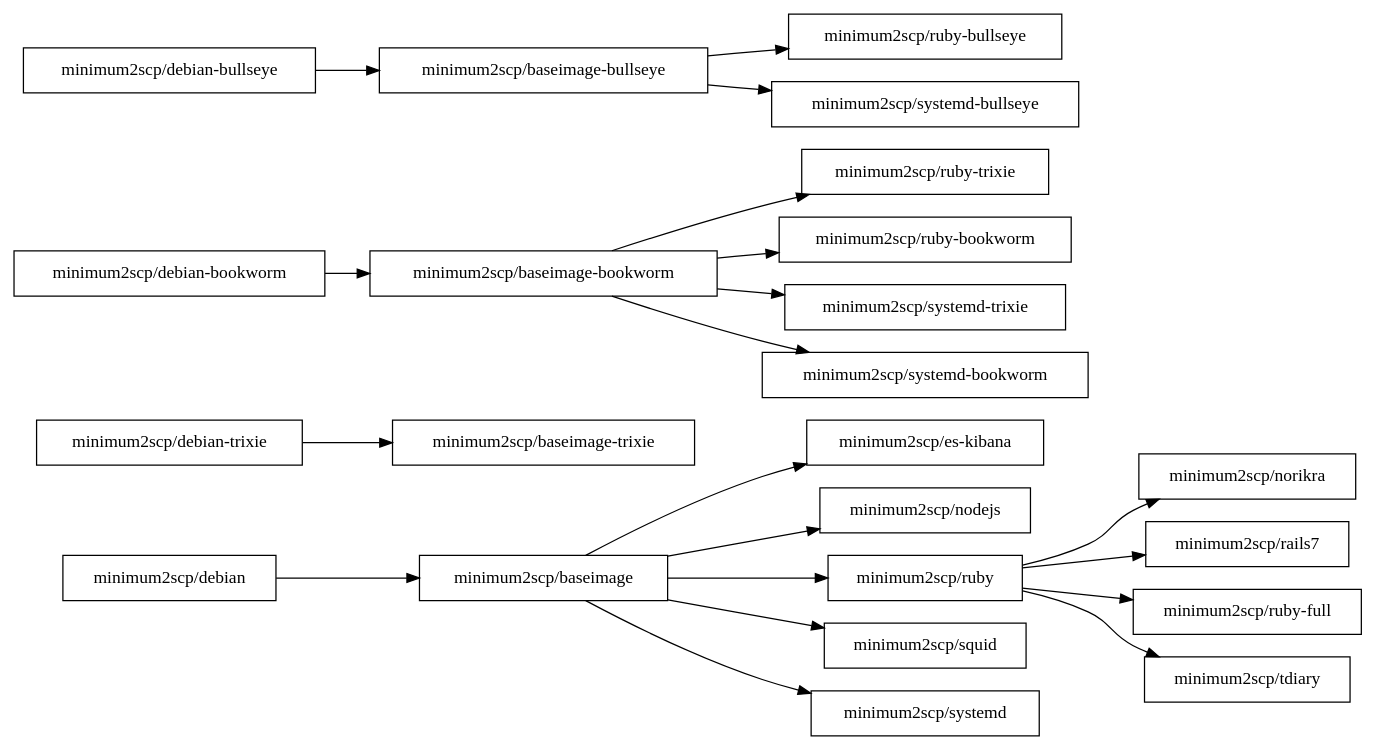
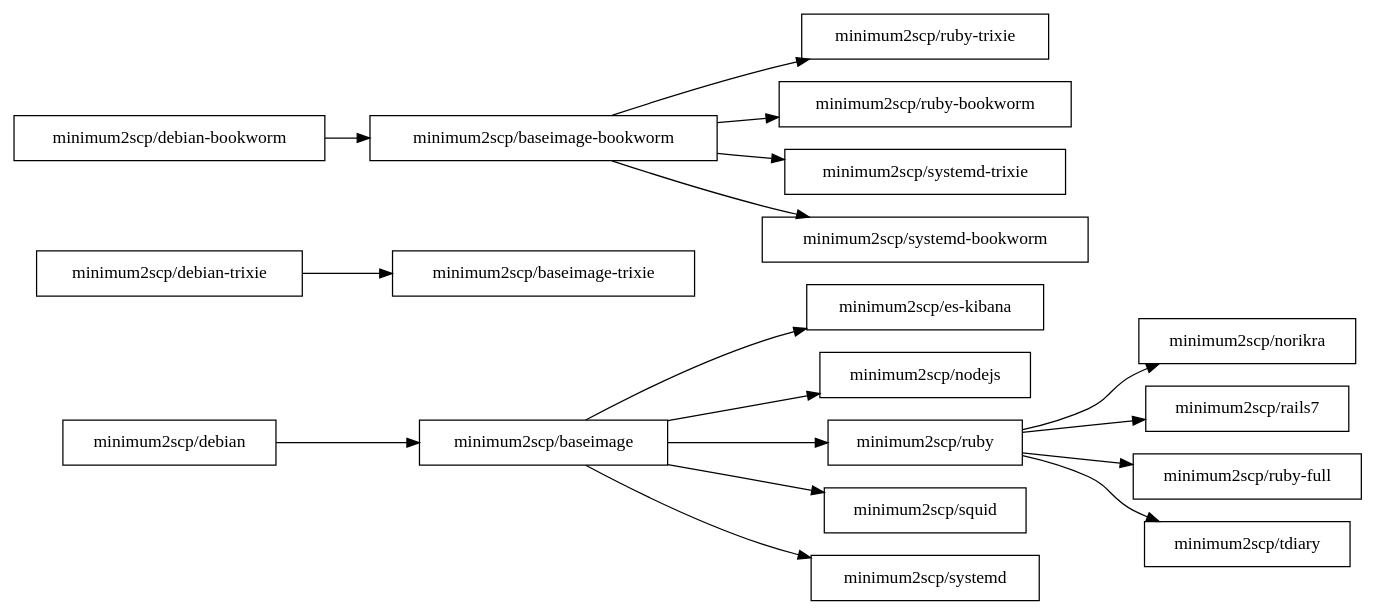
The diagram in deps.dot (minimum2scp/dockerfiles), drawn with Graphviz before and after one commit.

```diff
--- a/deps.dot
+++ b/deps.dot
@@ -1,49 +1,42 @@
 digraph deps {
   graph [
     rankdir = "LR"
   ];
 
   node [
     shape = "box"
   ];
 
   ratio = auto;
 
   baseimage          [label = "minimum2scp/baseimage"];
   baseimage_trixie   [label = "minimum2scp/baseimage-trixie"];
   baseimage_bookworm [label = "minimum2scp/baseimage-bookworm"];
-  baseimage_bullseye [label = "minimum2scp/baseimage-bullseye"];
   debian             [label = "minimum2scp/debian"];
   debian_trixie      [label = "minimum2scp/debian-trixie"];
   debian_bookworm    [label = "minimum2scp/debian-bookworm"];
-  debian_bullseye    [label = "minimum2scp/debian-bullseye"];
   es_kibana          [label = "minimum2scp/es-kibana"];
   nodejs             [label = "minimum2scp/nodejs"];
   norikra            [label = "minimum2scp/norikra"];
   rails7             [label = "minimum2scp/rails7"];
   ruby               [label = "minimum2scp/ruby"];
   ruby_trixie        [label = "minimum2scp/ruby-trixie"];
   ruby_bookworm      [label = "minimum2scp/ruby-bookworm"];
-  ruby_bullseye      [label = "minimum2scp/ruby-bullseye"];
   ruby_full          [label = "minimum2scp/ruby-full"];
   squid              [label = "minimum2scp/squid"];
   systemd            [label = "minimum2scp/systemd"];
   systemd_trixie     [label = "minimum2scp/systemd-trixie"];
   systemd_bookworm   [label = "minimum2scp/systemd-bookworm"];
-  systemd_bullseye   [label = "minimum2scp/systemd-bullseye"];
   tdiary             [label = "minimum2scp/tdiary"];
 
   debian    -> baseimage;
   baseimage -> {es_kibana, nodejs, ruby, squid, systemd};
   ruby      -> {norikra, rails7, ruby_full, tdiary};
 
   debian_trixie   -> baseimage_trixie;
   baseimage_bookworm -> {ruby_trixie, systemd_trixie};
 
   debian_bookworm -> baseimage_bookworm;
   baseimage_bookworm -> {ruby_bookworm, systemd_bookworm};
 
-  debian_bullseye -> baseimage_bullseye;
-  baseimage_bullseye -> {ruby_bullseye, systemd_bullseye};
-
 }
```
